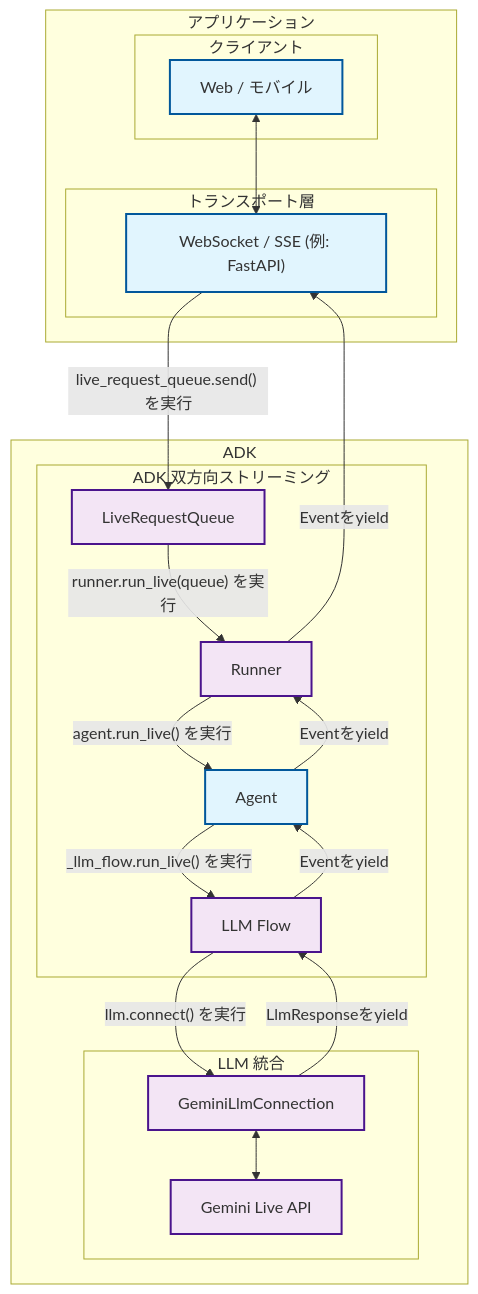
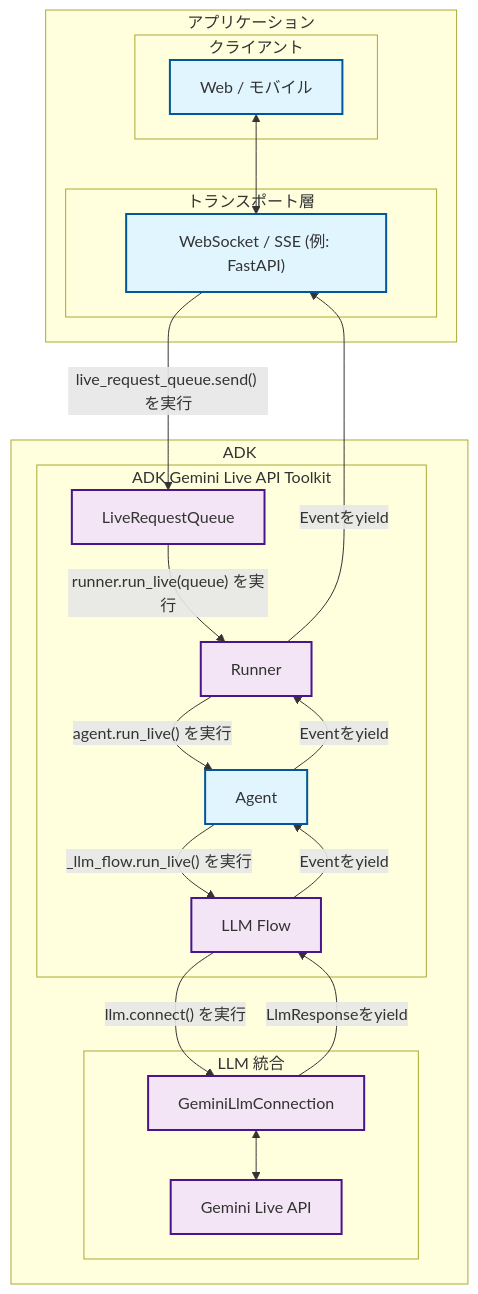
One commit to adk-labs/adk-docs changed the second of 2 diagrams in docs/ja/streaming/dev-guide/part1.md. Above: the diagram before and after it, drawn with Mermaid. The commit also changed other lines of this file and 20 other files, not shown here.

````diff
--- a/docs/ja/streaming/dev-guide/part1.md
+++ b/docs/ja/streaming/dev-guide/part1.md
@@ -102,44 +102,44 @@
 ```mermaid
 graph TB
     subgraph "アプリケーション"
         subgraph "クライアント"
             C1["Web / モバイル"]
         end
 
         subgraph "トランスポート層"
             T1["WebSocket / SSE (例: FastAPI)"]
         end
     end
 
     subgraph "ADK"
-        subgraph "ADK 双方向ストリーミング"
+        subgraph "ADK Gemini Live API Toolkit"
             L1[LiveRequestQueue]
             L2[Runner]
             L3[Agent]
             L4[LLM Flow]
         end
 
         subgraph "LLM 統合"
             G1[GeminiLlmConnection]
             G2[Gemini Live API]
         end
     end
 
     C1 <--> T1
     T1 -->|"live_request_queue.send() を実行"| L1
     L1 -->|"runner.run_live(queue) を実行"| L2
     L2 -->|"agent.run_live() を実行"| L3
     L3 -->|"_llm_flow.run_live() を実行"| L4
     L4 -->|"llm.connect() を実行"| G1
     G1 <--> G2
     G1 -->|"LlmResponseをyield"| L4
     L4 -->|"Eventをyield"| L3
     L3 -->|"Eventをyield"| L2
     L2 -->|"Eventをyield"| T1
 
     classDef external fill:#e1f5fe,stroke:#01579b,stroke-width:2px
     classDef adk fill:#f3e5f5,stroke:#4a148c,stroke-width:2px
 
     class C1,T1,L3 external
     class L1,L2,L4,G1,G2 adk
 ```
````
